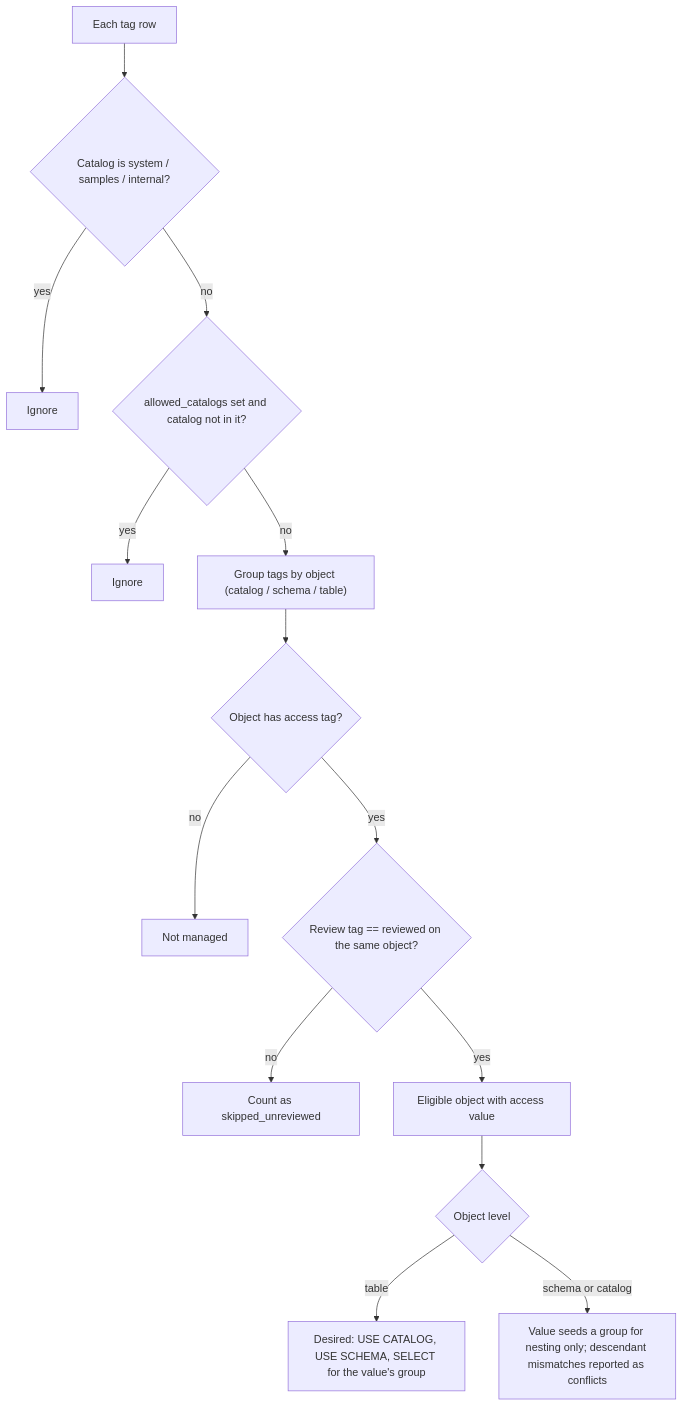
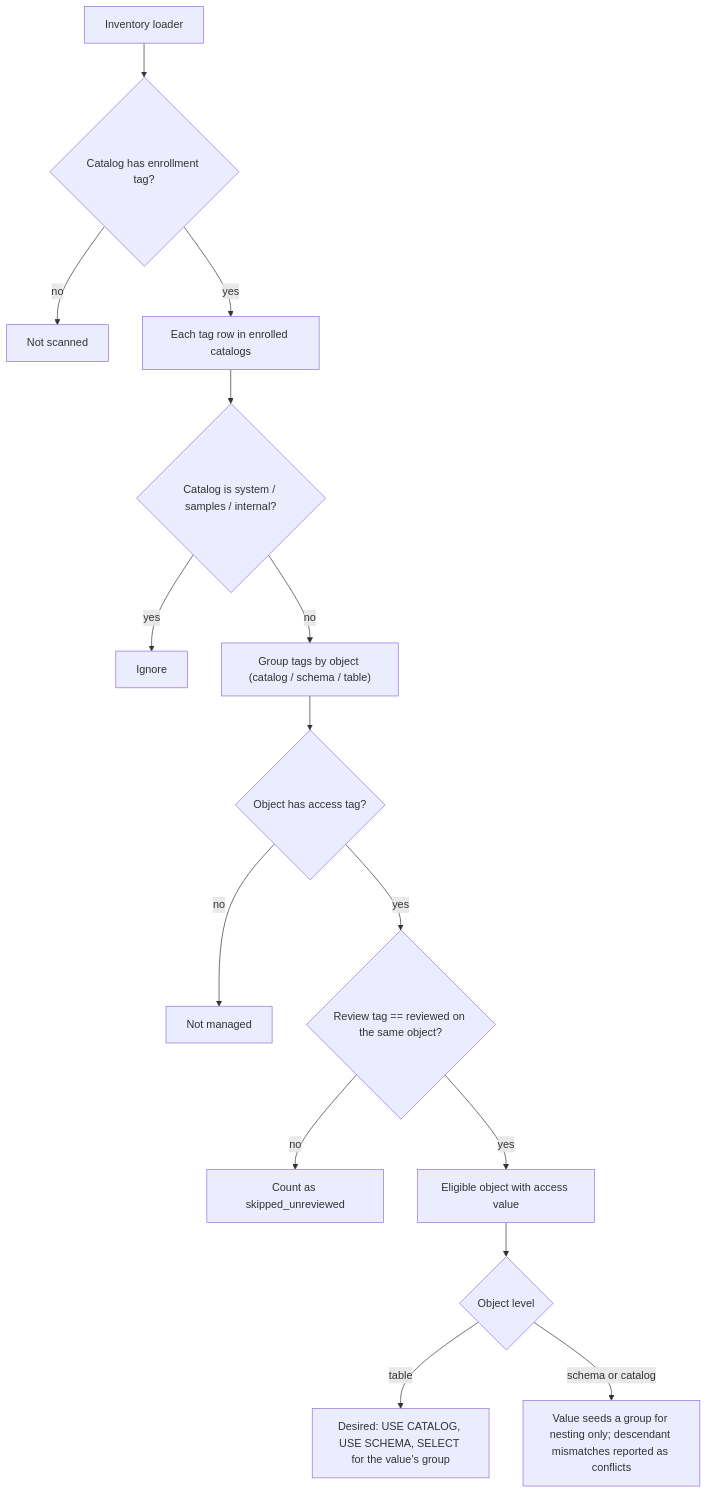
Before and after one commit to dgalluzzo26/databricks-governance-app: the third of 8 diagrams in docs/grants-sync.md, drawn with Mermaid. The commit also changed other lines of this file and 17 other files, not shown here.

````diff
--- a/docs/grants-sync.md
+++ b/docs/grants-sync.md
@@ -137,16 +138,17 @@
 ```mermaid
 flowchart TD
-  row["Each tag row"] --> sys{"Catalog is system / samples / internal?"}
+  inv["Inventory loader"] --> enroll{"Catalog has enrollment tag?"}
+  enroll -->|no| skip0["Not scanned"]
+  enroll -->|yes| row["Each tag row in enrolled catalogs"]
+  row --> sys{"Catalog is system / samples / internal?"}
   sys -->|yes| skip1["Ignore"]
-  sys -->|no| allowed{"allowed_catalogs set and catalog not in it?"}
-  allowed -->|yes| skip2["Ignore"]
-  allowed -->|no| obj["Group tags by object (catalog / schema / table)"]
+  sys -->|no| obj["Group tags by object (catalog / schema / table)"]
   obj --> hasAccess{"Object has access tag?"}
   hasAccess -->|no| skip3["Not managed"]
   hasAccess -->|yes| reviewed{"Review tag == reviewed on the same object?"}
   reviewed -->|no| unreviewed["Count as skipped_unreviewed"]
   reviewed -->|yes| eligible["Eligible object with access value"]
   eligible --> level{"Object level"}
   level -->|table| tableGrants["Desired: USE CATALOG, USE SCHEMA, SELECT for the value's group"]
   level -->|schema or catalog| nestOnly["Value seeds a group for nesting only; descendant mismatches reported as conflicts"]
 ```
````
